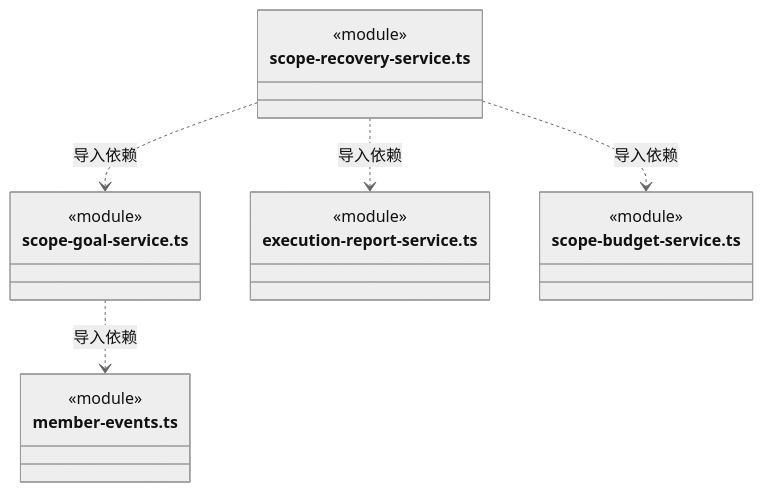
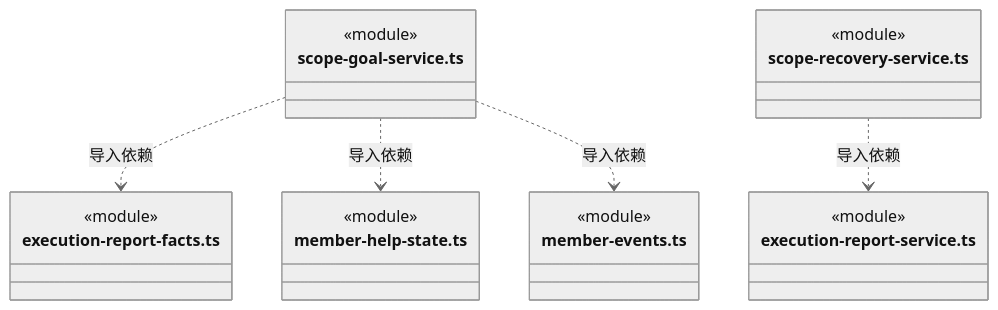
Diagram 47 of 52 in src/backend/scheduler-engine/execution/ARCHITECTURE.md (nan023062/cbim), drawn with Mermaid (neutral theme) before and after one commit. The commit also changed other lines of this file and 56 other files, not shown here.

````diff
--- a/src/backend/scheduler-engine/execution/ARCHITECTURE.md
+++ b/src/backend/scheduler-engine/execution/ARCHITECTURE.md
@@ -1243,22 +1275,25 @@
 ```mermaid
 classDiagram
 class N_src_backend_scheduler_engine_execution_scope_goal_service_ts["scope-goal-service.ts"] {
+  <<module>>
+}
+class N_src_backend_scheduler_engine_execution_execution_report_facts_ts["execution-report-facts.ts"] {
+  <<module>>
+}
+class N_src_backend_scheduler_engine_execution_member_help_state_ts["member-help-state.ts"] {
   <<module>>
 }
 class N_src_backend_scheduler_engine_execution_member_events_ts["member-events.ts"] {
   <<module>>
 }
 class N_src_backend_scheduler_engine_execution_scope_recovery_service_ts["scope-recovery-service.ts"] {
   <<module>>
 }
 class N_src_backend_scheduler_engine_execution_execution_report_service_ts["execution-report-service.ts"] {
   <<module>>
 }
-class N_src_backend_scheduler_engine_execution_scope_budget_service_ts["scope-budget-service.ts"] {
-  <<module>>
-}
+N_src_backend_scheduler_engine_execution_scope_goal_service_ts ..> N_src_backend_scheduler_engine_execution_execution_report_facts_ts : 导入依赖
+N_src_backend_scheduler_engine_execution_scope_goal_service_ts ..> N_src_backend_scheduler_engine_execution_member_help_state_ts : 导入依赖
 N_src_backend_scheduler_engine_execution_scope_goal_service_ts ..> N_src_backend_scheduler_engine_execution_member_events_ts : 导入依赖
 N_src_backend_scheduler_engine_execution_scope_recovery_service_ts ..> N_src_backend_scheduler_engine_execution_execution_report_service_ts : 导入依赖
-N_src_backend_scheduler_engine_execution_scope_recovery_service_ts ..> N_src_backend_scheduler_engine_execution_scope_goal_service_ts : 导入依赖
-N_src_backend_scheduler_engine_execution_scope_recovery_service_ts ..> N_src_backend_scheduler_engine_execution_scope_budget_service_ts : 导入依赖
 ```
````
